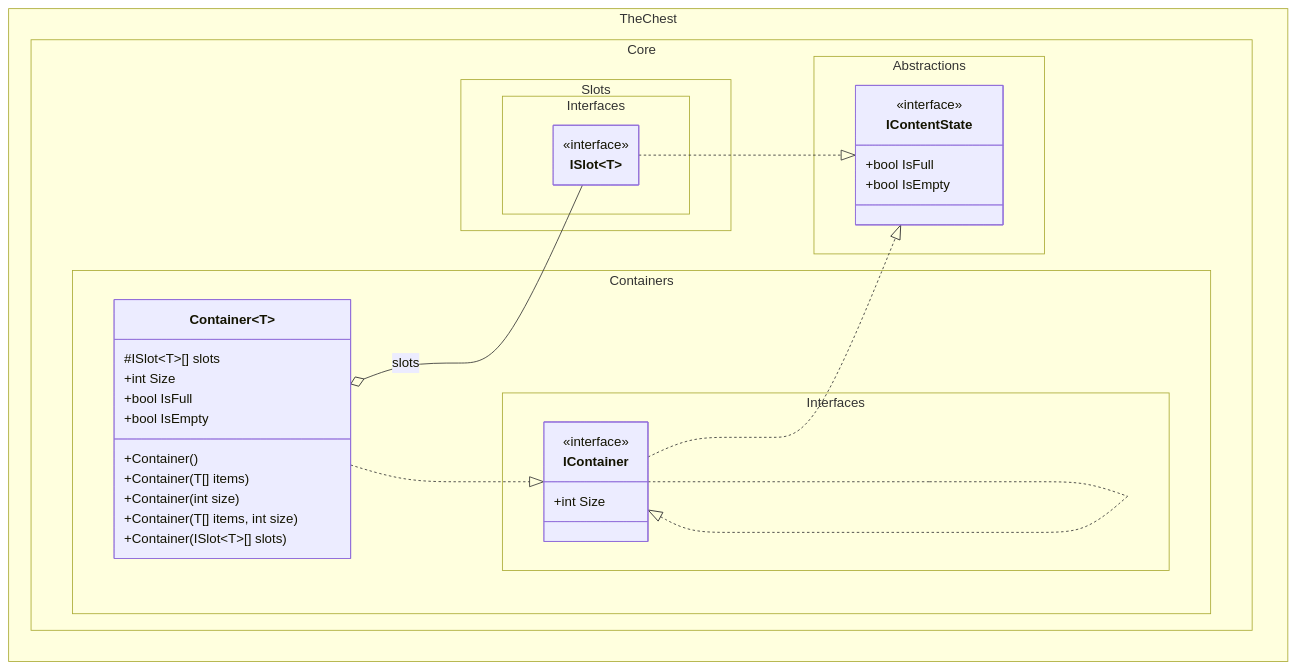
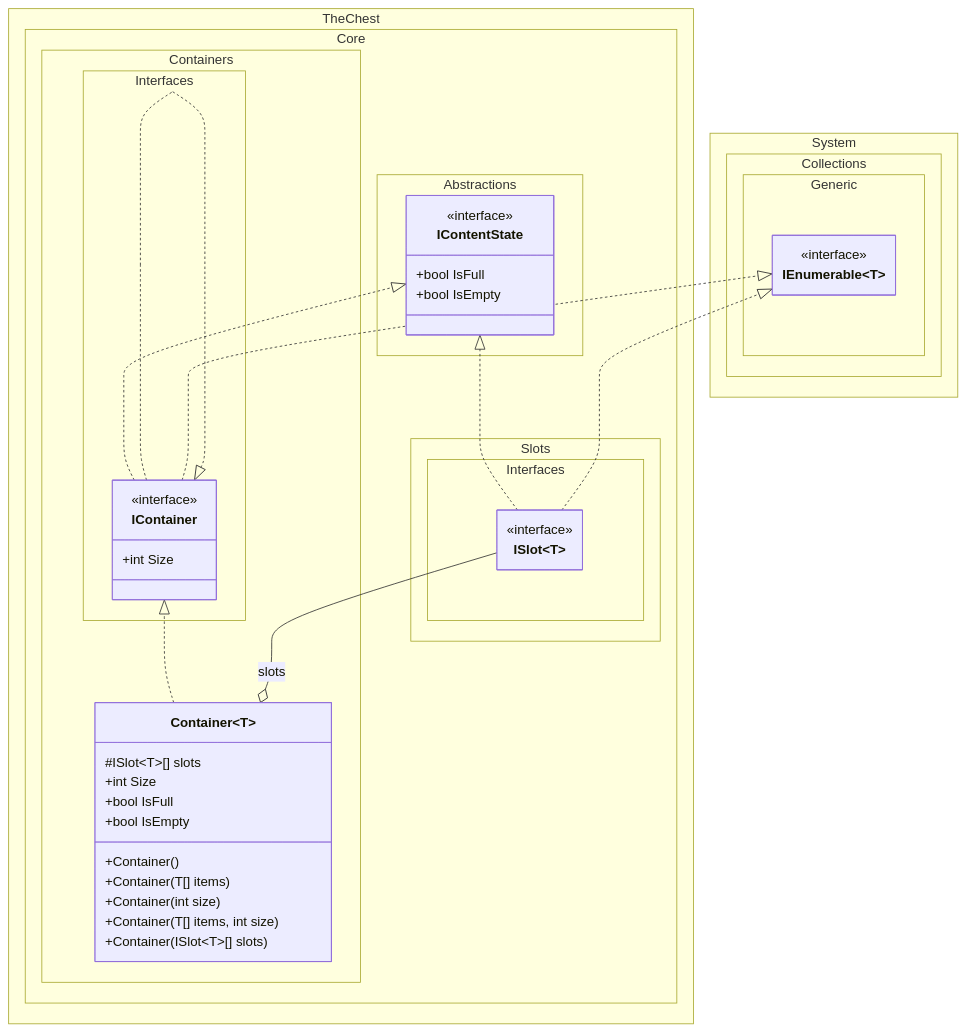
The first of 5 diagrams in docs/class_diagram.md (The-Chest/TheChest.Core), drawn with Mermaid before and after one commit. The commit also changed other lines of this file and 5 other files, not shown here.

Commit message:
Adds IEnumerable implementation to ISlot and IContainer

````diff
--- a/docs/class_diagram.md
+++ b/docs/class_diagram.md
@@ -9,50 +9,57 @@
 ```mermaid
 ---
 config:
   theme: mc
   look: classic
   class:
     hideEmptyMembersBox: true
 ---
 classDiagram
 direction BT
     namespace TheChest.Core.Abstractions {
         class IContentState {
             <<interface>>
             +bool IsFull
             +bool IsEmpty
         }
-    }
-    namespace TheChest.Core.Containers.Interfaces {
         class IContainer {
             <<interface>>
             +int Size
         }
+    }
+    namespace TheChest.Core.Containers.Interfaces {
         class IContainer~T~ {
+            <<interface>>
+        }
+    }
+    namespace System.Collections.Generic {
+        class IEnumerable~T~ {
             <<interface>>
         }
     }
     namespace TheChest.Core.Slots.Interfaces {
         class ISlot~T~ {
             <<interface>>
         }
     }
     namespace TheChest.Core.Containers {
         class Container~T~ {
             #ISlot~T~[] slots
             +int Size
             +bool IsFull
             +bool IsEmpty
             +Container()
             +Container(T[] items)
             +Container(int size)
             +Container(T[] items, int size)
             +Container(ISlot~T~[] slots)
         }
     }
+    IContainer ..|> IContentState
     IContainer~T~ ..|> IContainer
-    IContainer~T~ ..|> IContentState
+    IContainer~T~ ..|> IEnumerable~T~
     ISlot~T~ ..|> IContentState
+    ISlot~T~ ..|> IEnumerable~T~
     Container~T~ ..|> IContainer~T~
     Container~T~ o-- ISlot~T~ : slots
 ```
````
